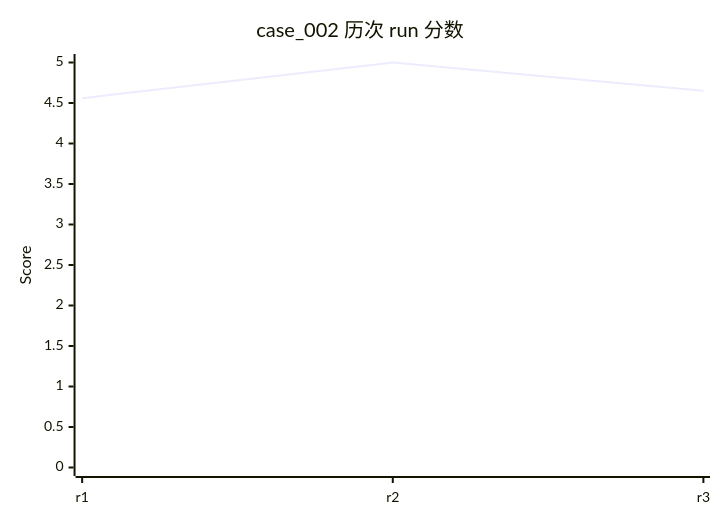
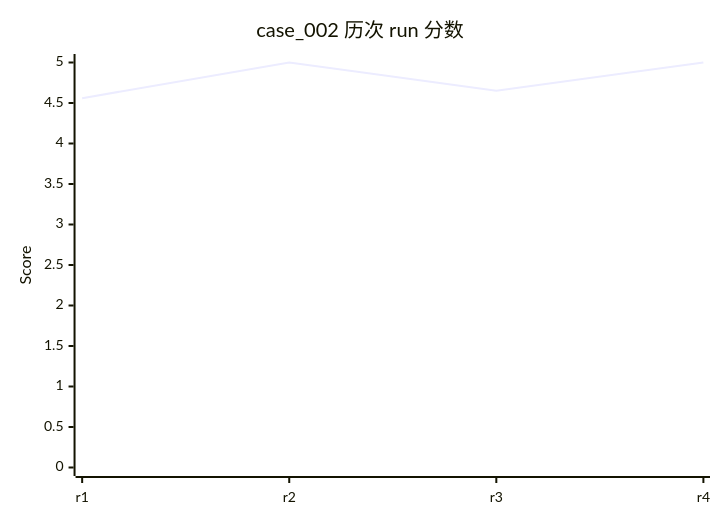
One commit to rushengzhou/sid-code changed the ninth of 58 diagrams in evals/DASHBOARD.md. Above: the diagram before and after it, drawn with Mermaid. The commit also changed other lines of this file and 57 other files, not shown here.

````diff
--- a/evals/DASHBOARD.md
+++ b/evals/DASHBOARD.md
@@ -246,7 +248,7 @@
 ```mermaid
 xychart-beta
     title "case_002 历次 run 分数"
-    x-axis [r1, r2, r3]
+    x-axis [r1, r2, r3, r4]
     y-axis "Score" 0 --> 5
-    line [4.56, 5.00, 4.65]
+    line [4.56, 5.00, 4.65, 5.00]
 ```
````
